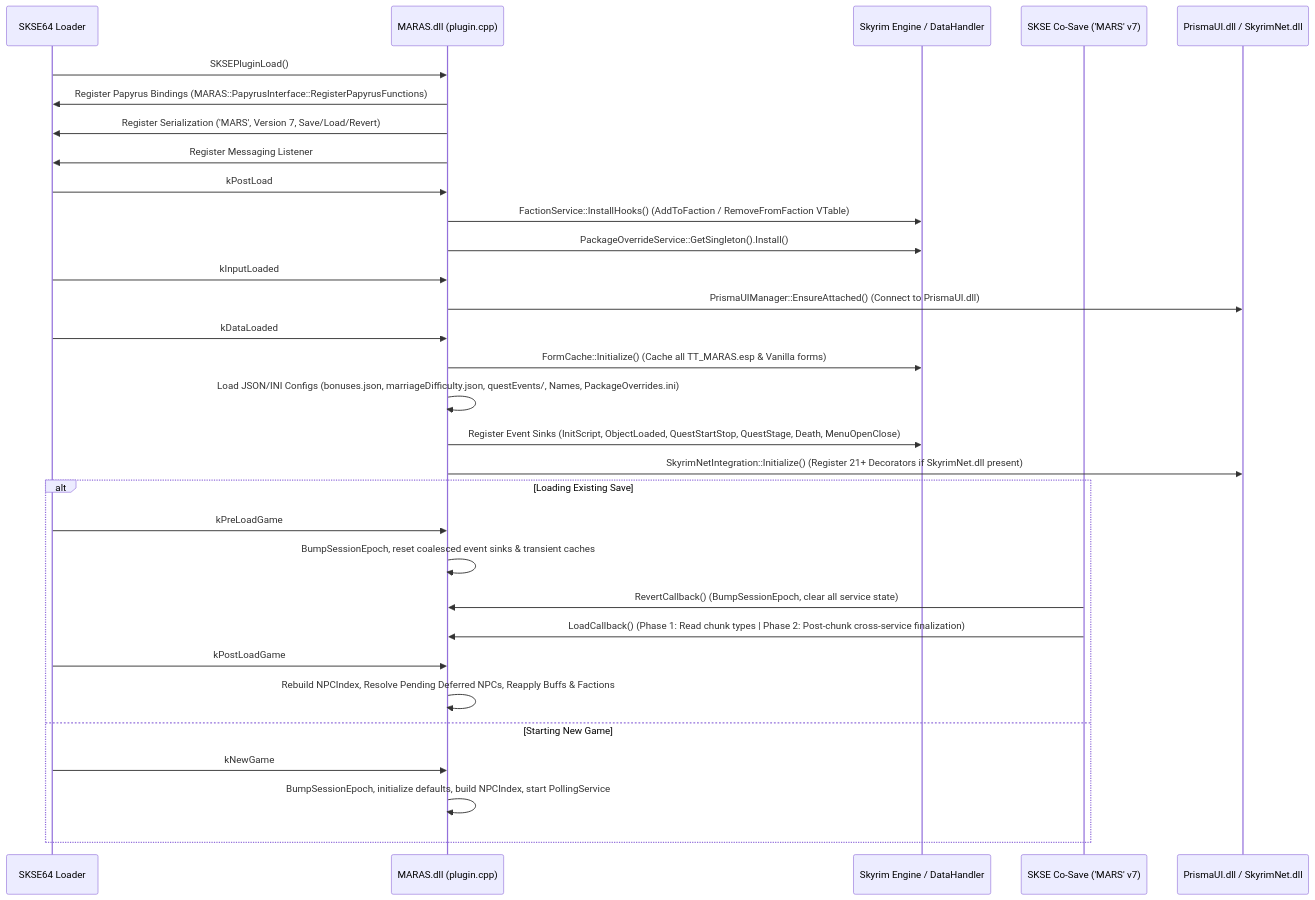
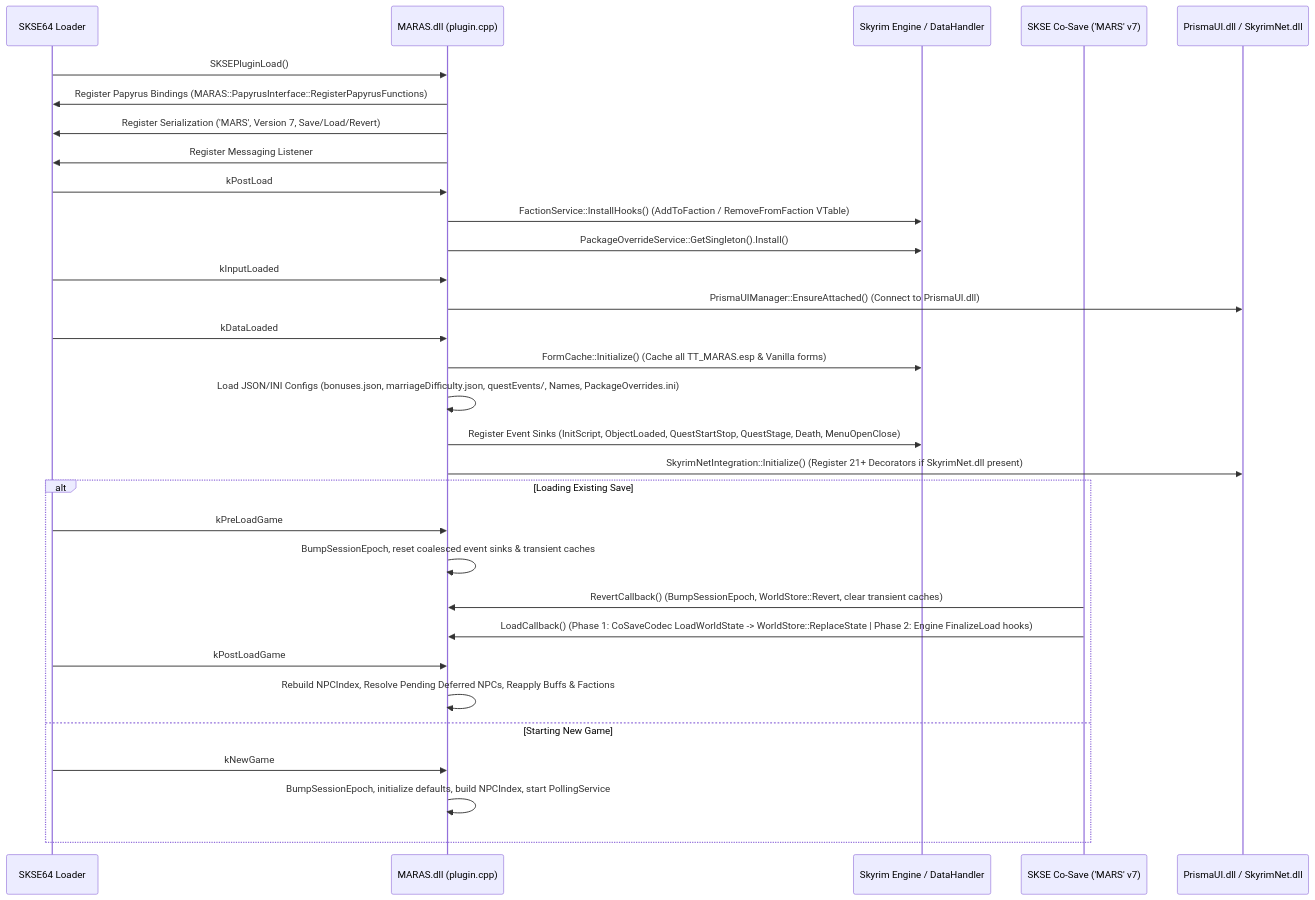
The second of 2 diagrams in docs/modder/ARCHITECTURE.md (tetherball88/maras), drawn with Mermaid before and after one commit. The commit also changed other lines of this file and 54 other files, not shown here.

Commit message:
P1.3 — WorldStore Single-Source-of-Truth Storage & Co-Save Cutover

````diff
--- a/docs/modder/ARCHITECTURE.md
+++ b/docs/modder/ARCHITECTURE.md
@@ -107,38 +107,38 @@
 ```mermaid
 sequenceDiagram
     participant SKSE as SKSE64 Loader
     participant Plugin as MARAS.dll (plugin.cpp)
     participant Engine as Skyrim Engine / DataHandler
     participant CoSave as SKSE Co-Save ('MARS' v7)
     participant UI as PrismaUI.dll / SkyrimNet.dll
 
     SKSE->>Plugin: SKSEPluginLoad()
     Plugin->>SKSE: Register Papyrus Bindings (MARAS::PapyrusInterface::RegisterPapyrusFunctions)
     Plugin->>SKSE: Register Serialization ('MARS', Version 7, Save/Load/Revert)
     Plugin->>SKSE: Register Messaging Listener
 
     SKSE->>Plugin: kPostLoad
     Plugin->>Engine: FactionService::InstallHooks() (AddToFaction / RemoveFromFaction VTable)
     Plugin->>Engine: PackageOverrideService::GetSingleton().Install()
 
     SKSE->>Plugin: kInputLoaded
     Plugin->>UI: PrismaUIManager::EnsureAttached() (Connect to PrismaUI.dll)
 
     SKSE->>Plugin: kDataLoaded
     Plugin->>Engine: FormCache::Initialize() (Cache all TT_MARAS.esp & Vanilla forms)
     Plugin->>Plugin: Load JSON/INI Configs (bonuses.json, marriageDifficulty.json, questEvents/, Names, PackageOverrides.ini)
     Plugin->>Engine: Register Event Sinks (InitScript, ObjectLoaded, QuestStartStop, QuestStage, Death, MenuOpenClose)
     Plugin->>UI: SkyrimNetIntegration::Initialize() (Register 21+ Decorators if SkyrimNet.dll present)
 
     alt Loading Existing Save
         SKSE->>Plugin: kPreLoadGame
         Plugin->>Plugin: BumpSessionEpoch, reset coalesced event sinks & transient caches
-        CoSave->>Plugin: RevertCallback() (BumpSessionEpoch, clear all service state)
-        CoSave->>Plugin: LoadCallback() (Phase 1: Read chunk types | Phase 2: Post-chunk cross-service finalization)
+        CoSave->>Plugin: RevertCallback() (BumpSessionEpoch, WorldStore::Revert, clear transient caches)
+        CoSave->>Plugin: LoadCallback() (Phase 1: CoSaveCodec LoadWorldState -> WorldStore::ReplaceState | Phase 2: Engine FinalizeLoad hooks)
         SKSE->>Plugin: kPostLoadGame
         Plugin->>Plugin: Rebuild NPCIndex, Resolve Pending Deferred NPCs, Reapply Buffs & Factions
     else Starting New Game
         SKSE->>Plugin: kNewGame
         Plugin->>Plugin: BumpSessionEpoch, initialize defaults, build NPCIndex, start PollingService
     end
 ```
````
